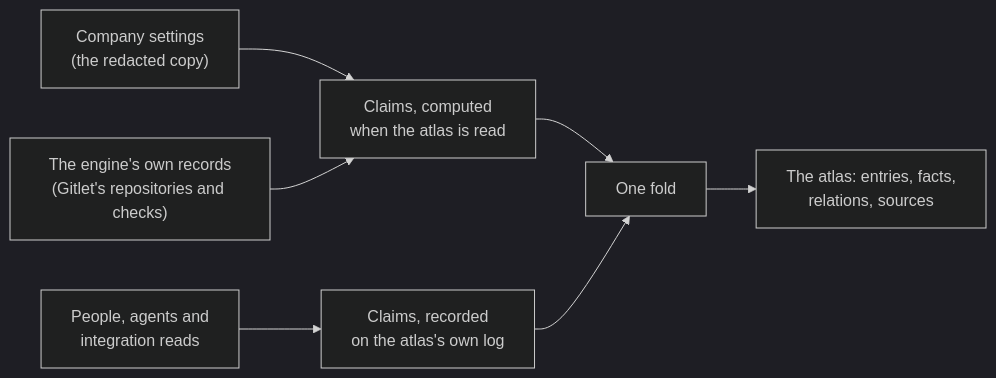
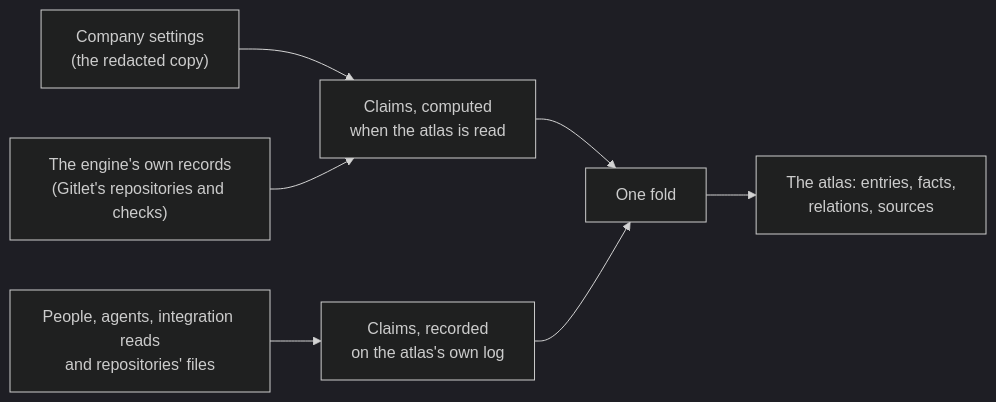
Before and after one commit to crewlet/crewlet: the diagram in docs/concepts/atlas.md, drawn with Mermaid (dark theme). The commit also changed other lines of this file and 20 other files, not shown here.

````diff
--- a/docs/concepts/atlas.md
+++ b/docs/concepts/atlas.md
@@ -38,9 +38,9 @@
 ```mermaid
 flowchart LR
     S["Company settings<br/>(the redacted copy)"] --> C["Claims, computed<br/>when the atlas is read"]
     R["The engine's own records<br/>(Gitlet's repositories and checks)"] --> C
-    P["People, agents and<br/>integration reads"] --> L["Claims, recorded<br/>on the atlas's own log"]
+    P["People, agents, integration reads<br/>and repositories' files"] --> L["Claims, recorded<br/>on the atlas's own log"]
     C --> F["One fold"]
     L --> F
     F --> V["The atlas: entries, facts,<br/>relations, sources"]
 ```
````
